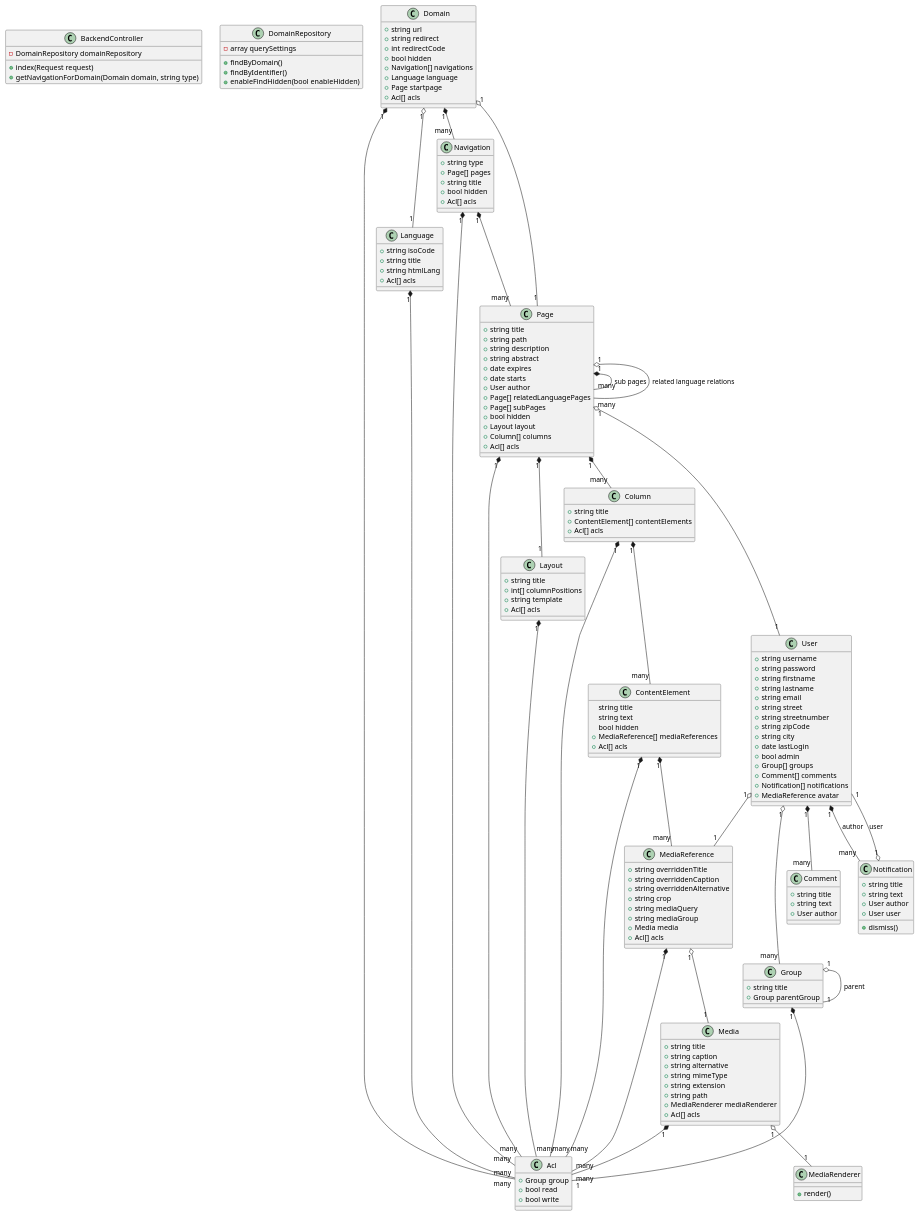
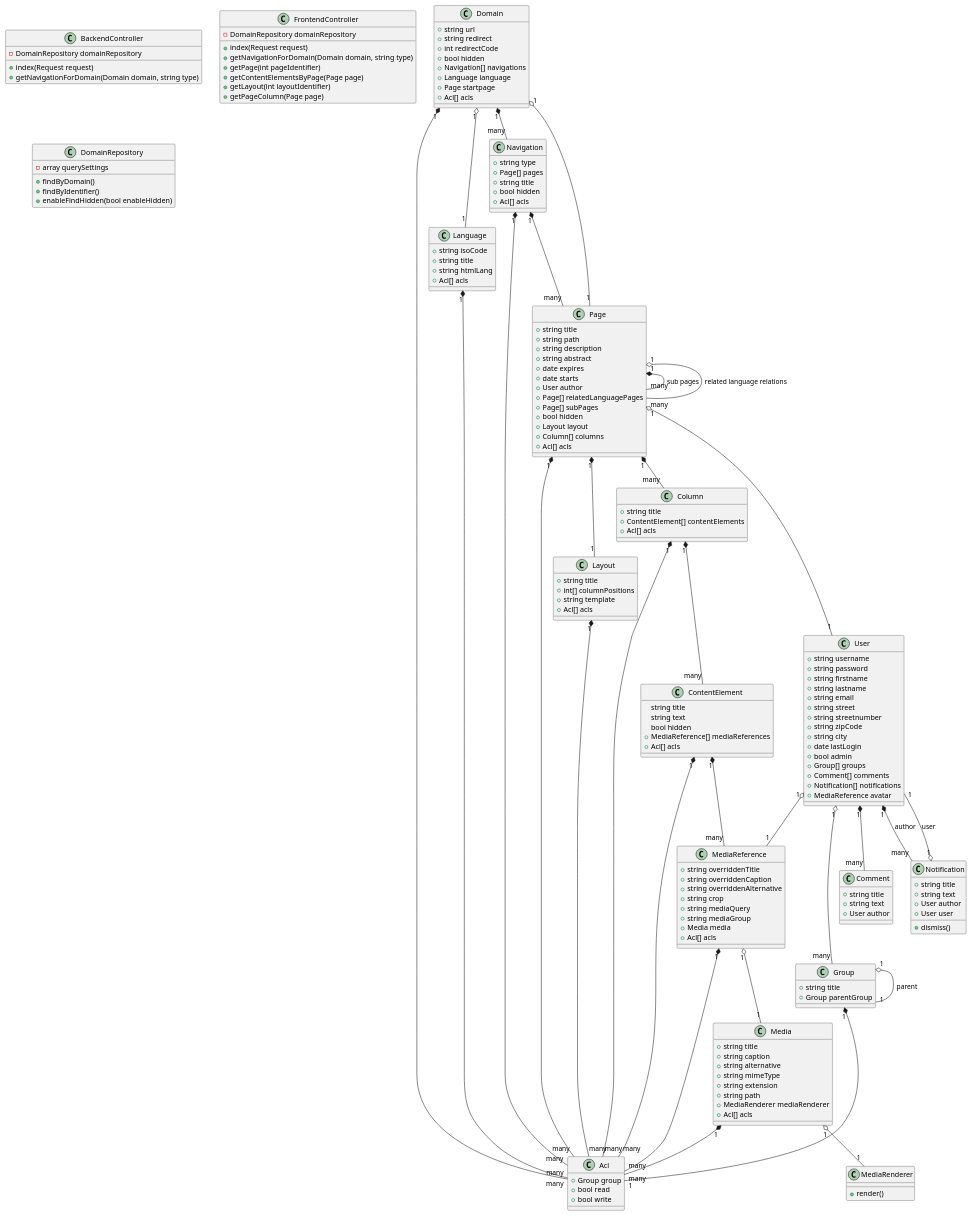
Before and after one commit to the-coding-owl/new-coding-owl: the diagram in documentation/uml/classes/classes.pu, drawn with PlantUML.

Commit message:
[TASK] Add FrontendController UML definition

```diff
--- a/documentation/uml/classes/classes.pu
+++ b/documentation/uml/classes/classes.pu
@@ -1,159 +1,169 @@
 @startuml
 class BackendController {
     -DomainRepository domainRepository
     +index(Request request)
     +getNavigationForDomain(Domain domain, string type)
+}
+class FrontendController {
+    -DomainRepository domainRepository
+    +index(Request request)
+    +getNavigationForDomain(Domain domain, string type)
+    +getPage(int pageIdentifier)
+    +getContentElementsByPage(Page page)
+    +getLayout(int layoutIdentifier)
+    +getPageColumn(Page page)
+
 }
 class DomainRepository {
     -array querySettings
     +findByDomain()
     +findByIdentifier()
     +enableFindHidden(bool enableHidden)
 }
 class Domain {
     +string url
     +string redirect
     +int redirectCode
     +bool hidden
     +Navigation[] navigations
     +Language language
     +Page startpage
     +Acl[] acls
 }
 class Language {
     +string isoCode
     +string title
     +string htmlLang
     +Acl[] acls
 }
 class Navigation {
     +string type
     +Page[] pages
     +string title
     +bool hidden
     +Acl[] acls
 }
 class Page {
     +string title
     +string path
     +string description
     +string abstract
     +date expires
     +date starts
     +User author
     +Page[] relatedLanguagePages
     +Page[] subPages
     +bool hidden
     +Layout layout
     +Column[] columns
     +Acl[] acls
 }
 class Layout {
     +string title
     +int[] columnPositions
     +string template
     +Acl[] acls
 }
 class Column {
     +string title
     +ContentElement[] contentElements
     +Acl[] acls
 }
 class ContentElement {
     string title
     string text
     bool hidden
     +MediaReference[] mediaReferences
     +Acl[] acls
 }
 class MediaReference {
     +string overriddenTitle
     +string overriddenCaption
     +string overriddenAlternative
     +string crop
     +string mediaQuery
     +string mediaGroup
     +Media media
     +Acl[] acls
 }
 class Media {
     +string title
     +string caption
     +string alternative
     +string mimeType
     +string extension
     +string path
     +MediaRenderer mediaRenderer
     +Acl[] acls
 }
 class MediaRenderer {
     +render()
 }
 class User {
     +string username
     +string password
     +string firstname
     +string lastname
     +string email
     +string street
     +string streetnumber
     +string zipCode
     +string city
     +date lastLogin
     +bool admin
     +Group[] groups
     +Comment[] comments
     +Notification[] notifications
     +MediaReference avatar
 }
 class Group {
     +string title
     +Group parentGroup
 }
 class Acl {
     +Group group
     +bool read
     +bool write
 }
 class Comment {
     +string title
     +string text
     +User author
 }
 class Notification {
     +string title
     +string text
     +User author
     +User user
     +dismiss()
 }
 Domain "1" *-- "many" Navigation
 Domain "1" o-- "1" Language
 Domain "1" o-- "1" Page
 Domain "1" *-- "many" Acl
 Language "1" *-- "many" Acl
 Navigation "1" *-- "many" Page
 Navigation "1" *-- "many" Acl
 Page "1" *-- "many" Page : sub pages
 Page "1" o-- "1" User
 Page "1" o-- "many" Page : related language relations
 Page "1" *-- "1" Layout
 Page "1" *-- "many" Column
 Page "1" *-- "many" Acl
 Layout "1" *-- "many" Acl
 Column "1" *-- "many" ContentElement
 Column "1" *-- "many" Acl
 ContentElement "1" *-- "many" MediaReference
 ContentElement "1" *-- "many" Acl
 MediaReference "1" o-- "1" Media
 MediaReference "1" *-- "many" Acl
 Media "1" o-- "1" MediaRenderer
 Media "1" *-- "many" Acl
 User "1" o-- "many" Group
 User "1" *-- "many" Comment
 User "1" *-- "many" Notification : author
 Notification "1" o-- "1" User : user
 User "1" o-- "1" MediaReference
 Group "1" o-- "1" Group : parent
 Group "1" *-- "1" Acl
 @enduml
```
